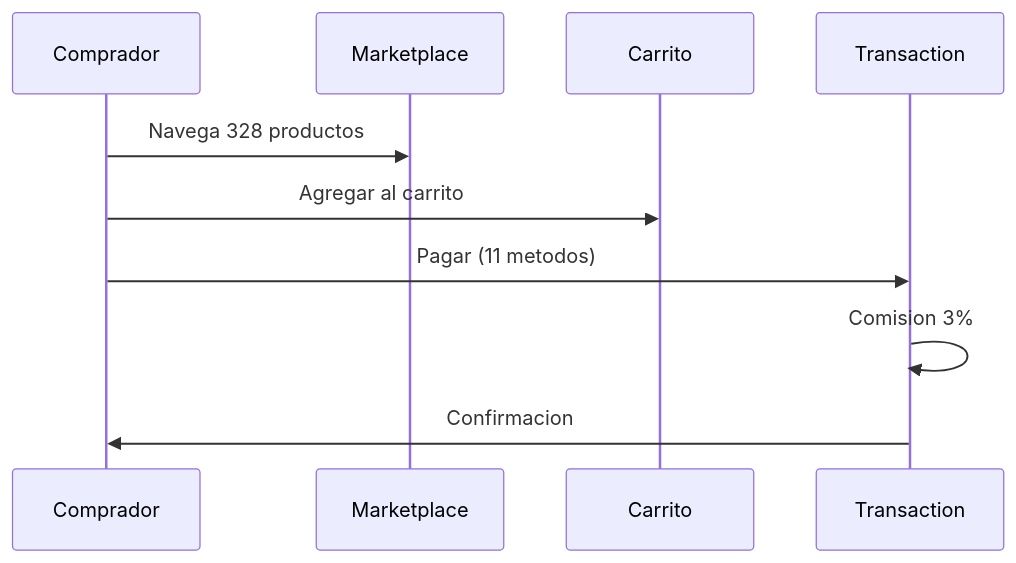
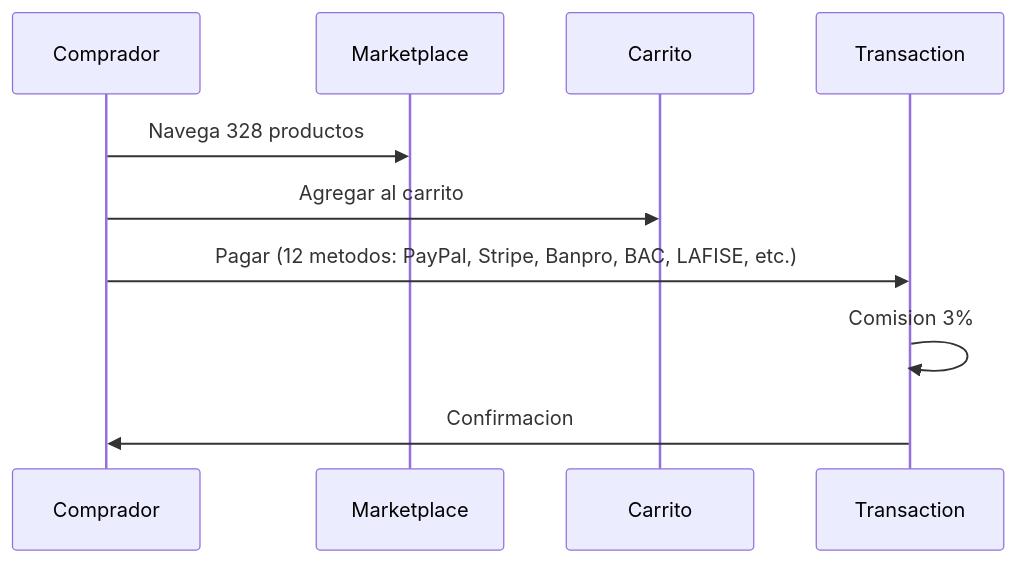
One commit to Reynaldo935/proveedor-conecta-vercel-github changed the third of 9 diagrams in README.md. Above: the diagram before and after it, drawn with Mermaid. The commit also changed other lines of this file, not shown here.

````diff
--- a/README.md
+++ b/README.md
@@ -98,12 +101,12 @@
 ```mermaid
 sequenceDiagram
     participant B as Comprador
     participant M as Marketplace
     participant C as Carrito
     participant T as Transaction
     B->>M: Navega 328 productos
     B->>C: Agregar al carrito
-    B->>T: Pagar (11 metodos)
+    B->>T: Pagar (12 metodos: PayPal, Stripe, Banpro, BAC, LAFISE, etc.)
     T->>T: Comision 3%
     T->>B: Confirmacion
 ```
````
